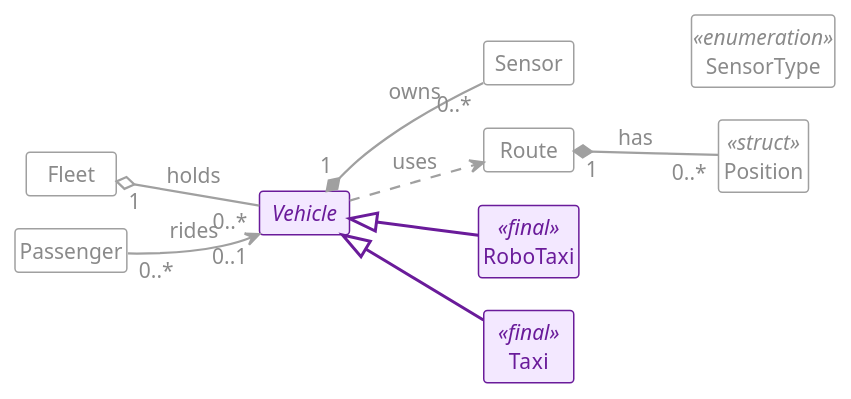
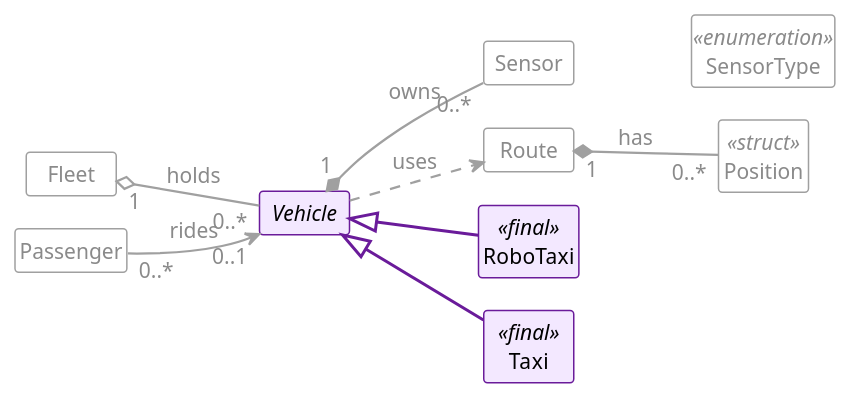
One commit to zeidk/enpm702-fall-2026-cpp changed the diagram in project/week9/uml/model_l9_inheritance.plantuml. Above: the diagram before and after it, drawn with PlantUML. The commit also changed 39 other files, not shown here.

```diff
--- a/project/week9/uml/model_l9_inheritance.plantuml
+++ b/project/week9/uml/model_l9_inheritance.plantuml
@@ -1,91 +1,91 @@
 @startuml model_l9_inheritance
 ' Generated for the slides.
 !theme mono
 skinparam backgroundColor white
 skinparam defaultFontName "Fira Sans"
 skinparam defaultFontSize 14
 skinparam shadowing false
 skinparam classAttributeIconSize 0
 skinparam nodesep 22
 skinparam ranksep 50
 skinparam ArrowThickness 1.5
 hide circle
 hide members
 skinparam minClassWidth 60
 skinparam classStereotypeFontSize 14
 left to right direction
 
 class Fleet #back:FFFFFF;line:A0A0A0;text:8A8A8A {
   - vehicles_ : vector<shared_ptr<Vehicle>>
   + add(shared_ptr<Vehicle>) : void
   + remove(int) : bool
   + size() : size_t
 }
 class Passenger #back:FFFFFF;line:A0A0A0;text:8A8A8A {
   - name_ : string
   - ride_ : weak_ptr<Vehicle>
   + board(shared_ptr<Vehicle>) : void
   + leave() : void
 }
-abstract class Vehicle #back:F3E8FF;line:6A1B9A;text:6A1B9A {
+abstract class Vehicle #back:F3E8FF;line:6A1B9A;text:000000 {
   - id_ : int
   - {static} next_id_ : int
   - max_speed_ : double
   - speed_ : double
   - color_ : string
   - mileage_ : double
   - sensors_ : vector<unique_ptr<Sensor>>
   + Vehicle(double)
   + get_id() : int
   + get_color() : const string&
   + get_max_speed() : double
   + get_speed() : double
   + set_speed(double) : void
   + get_mileage() : double
   + add_mileage(double) : void
   + add_sensor(SensorType, double) : int
   + sensor_count() : size_t
   + get_sensors() : const vector<unique_ptr<Sensor>>&
   + {abstract} drive(const Route&) : void
   # log_event(const string&) : void
 }
 class Sensor #back:FFFFFF;line:A0A0A0;text:8A8A8A {
   - id_ : int
   - type_ : SensorType
   - range_ : double
   + Sensor(int, SensorType, double)
   + get_id() : int
   + get_type() : SensorType
   + get_range() : double
 }
 enum SensorType <<enumeration>> #back:FFFFFF;line:A0A0A0;text:8A8A8A {
   lidar
   camera
   radar
 }
 class Route #back:FFFFFF;line:A0A0A0;text:8A8A8A {
   - waypoints_ : vector<Position>
   + add(Position) : void
   + length() : double
 }
 class Position <<struct>> #back:FFFFFF;line:A0A0A0;text:8A8A8A {
   + x : double
   + y : double
 }
-class RoboTaxi <<final>> #back:F3E8FF;line:6A1B9A;text:6A1B9A {
+class RoboTaxi <<final>> #back:F3E8FF;line:6A1B9A;text:000000 {
   + drive(const Route&) : void
 }
-class Taxi <<final>> #back:F3E8FF;line:6A1B9A;text:6A1B9A {
+class Taxi <<final>> #back:F3E8FF;line:6A1B9A;text:000000 {
   - driver_name_ : string
   + drive(const Route&) : void
 }
 
 Fleet "<color:#8A8A8A>1</color>" o-[#A0A0A0]- "<color:#8A8A8A>0..*</color>" Vehicle : <color:#8A8A8A>holds</color>
 Passenger "<color:#8A8A8A>0..*</color>" -[#A0A0A0]-> "<color:#8A8A8A>0..1</color>" Vehicle : <color:#8A8A8A>rides</color>
 Vehicle "<color:#8A8A8A>1</color>" *-[#A0A0A0]- "<color:#8A8A8A>0..*</color>" Sensor : <color:#8A8A8A>owns</color>
 Vehicle .[#A0A0A0].> Route : <color:#8A8A8A>uses</color>
 Route "<color:#8A8A8A>1</color>" *-[#A0A0A0]- "<color:#8A8A8A>0..*</color>" Position : <color:#8A8A8A>has</color>
 Sensor -[hidden]-> SensorType
 Vehicle <|-[#6A1B9A,thickness=2]- RoboTaxi
 Vehicle <|-[#6A1B9A,thickness=2]- Taxi
 @enduml
```
